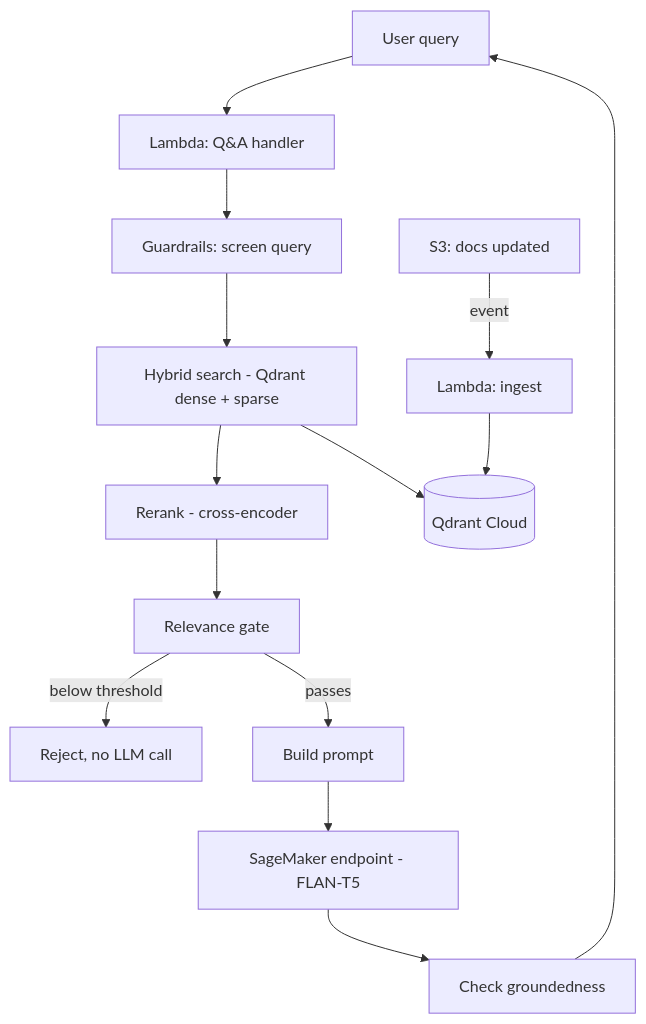
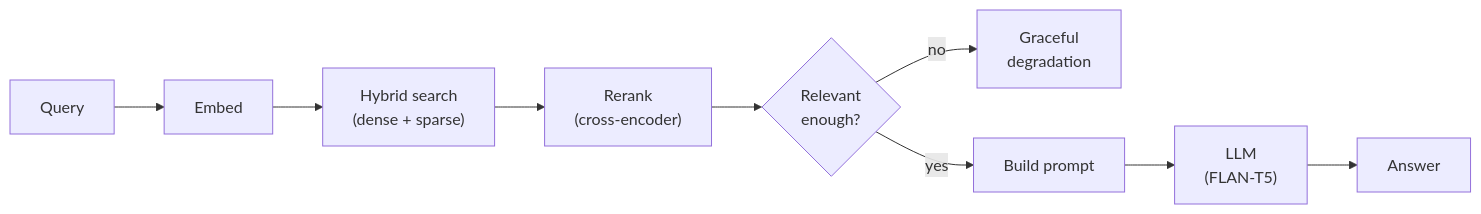
The first of 3 diagrams in README.md (Geetha-Mahadevappa/RAG-Chatbot-AWS-Lambda-Serverless-Q-A), drawn with Mermaid before and after one commit. The commit also changed other lines of this file, not shown here.

````diff
--- a/README.md
+++ b/README.md
@@ -9,17 +13,11 @@
 ```mermaid
-flowchart TD
-    U[User query] --> LH[Lambda: Q&A handler]
-    LH --> G1[Guardrails: screen query]
-    G1 --> HS[Hybrid search - Qdrant dense + sparse]
-    HS --> RR[Rerank - cross-encoder]
-    RR --> GATE[Relevance gate]
-    GATE -->|below threshold| REJ[Reject, no LLM call]
-    GATE -->|passes| PR[Build prompt]
-    PR --> SM[SageMaker endpoint - FLAN-T5]
-    SM --> G2[Check groundedness]
-    G2 --> U
-
-    S3[S3: docs updated] -->|event| IL[Lambda: ingest]
-    IL --> QD[(Qdrant Cloud)]
-    HS --> QD
+flowchart LR
+    Q[Query] --> E[Embed]
+    E --> H["Hybrid search<br/>(dense + sparse)"]
+    H --> R["Rerank<br/>(cross-encoder)"]
+    R --> G{Relevant<br/>enough?}
+    G -->|no| D[Graceful<br/>degradation]
+    G -->|yes| P[Build prompt]
+    P --> L["LLM<br/>(FLAN-T5)"]
+    L --> A[Answer]
 ```
````
